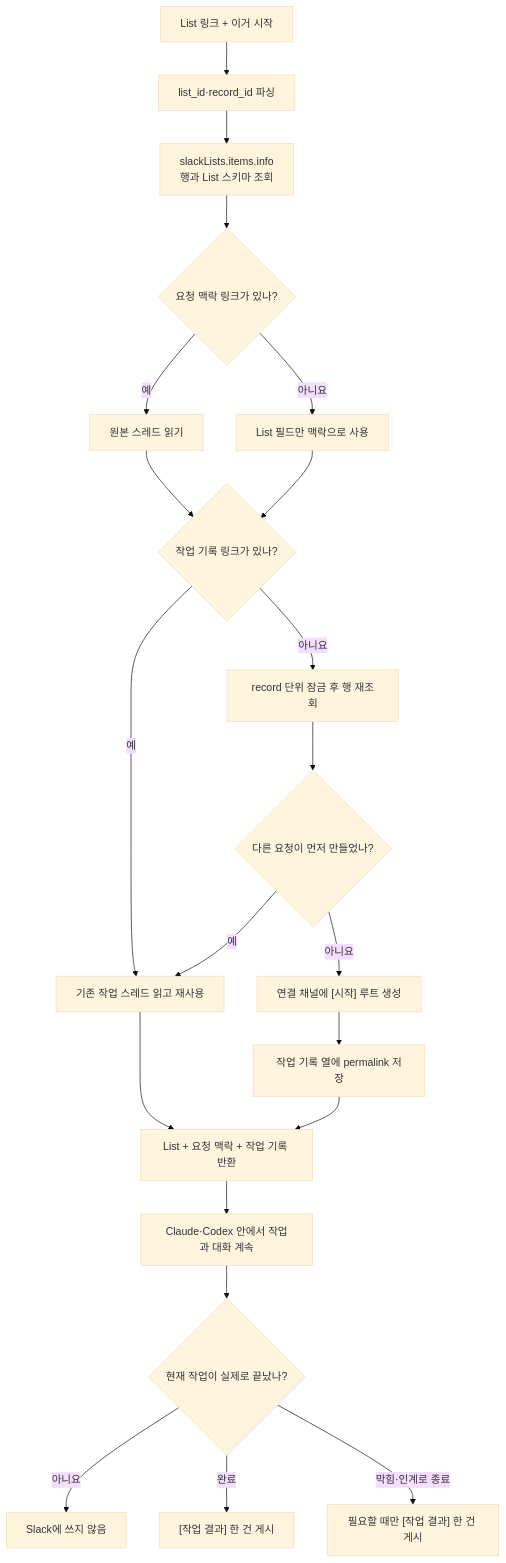
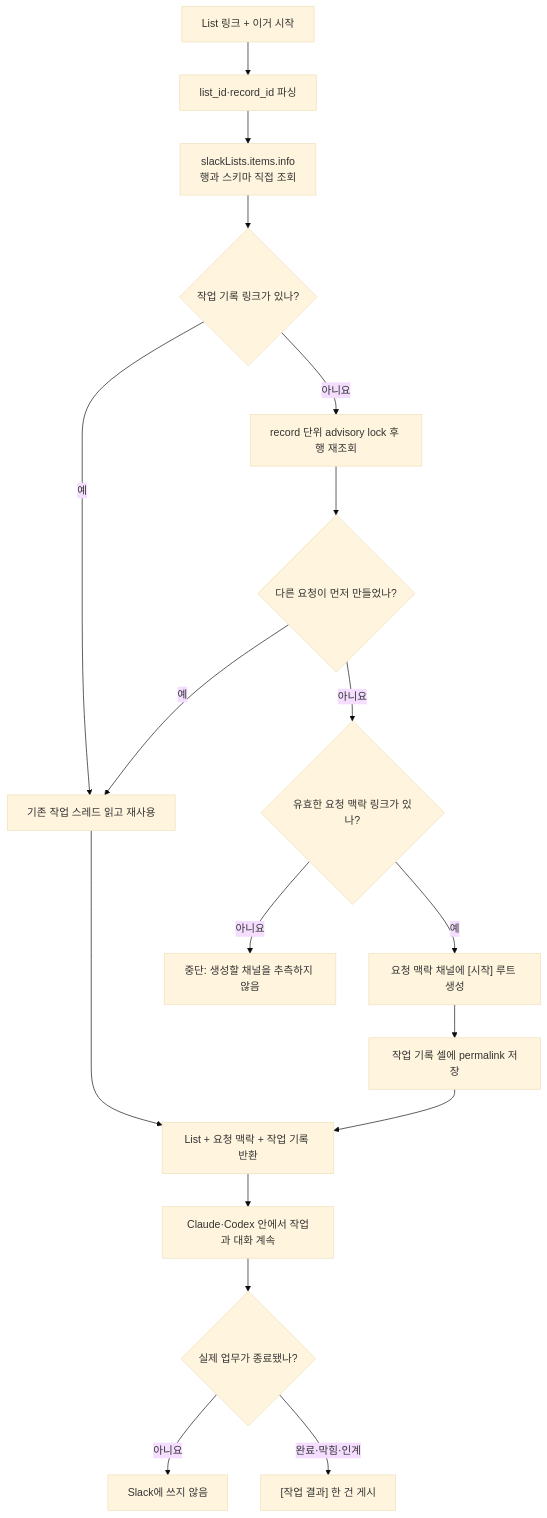
The second of 2 diagrams in docs/slack-list-task-thread-design.md (team-monolith-product/tmn-workflow-automation), drawn with Mermaid (base theme) before and after one commit. The commit also changed other lines of this file and 8 other files, not shown here.

````diff
--- a/docs/slack-list-task-thread-design.md
+++ b/docs/slack-list-task-thread-design.md
@@ -60,23 +63,20 @@
 ```mermaid
 flowchart TD
     U["List 링크 + 이거 시작"] --> P["list_id·record_id 파싱"]
-    P --> I["slackLists.items.info<br/>행과 List 스키마 조회"]
-    I --> C{"요청 맥락 링크가 있나?"}
-    C -- 예 --> CR["원본 스레드 읽기"]
-    C -- 아니요 --> CN["List 필드만 맥락으로 사용"]
-    CR --> W{"작업 기록 링크가 있나?"}
-    CN --> W
+    P --> I["slackLists.items.info<br/>행과 스키마 직접 조회"]
+    I --> W{"작업 기록 링크가 있나?"}
     W -- 예 --> WR["기존 작업 스레드 읽고 재사용"]
-    W -- 아니요 --> K["record 단위 잠금 후 행 재조회"]
+    W -- 아니요 --> K["record 단위 advisory lock 후 행 재조회"]
     K --> Q{"다른 요청이 먼저 만들었나?"}
     Q -- 예 --> WR
-    Q -- 아니요 --> N["연결 채널에 [시작] 루트 생성"]
-    N --> V["작업 기록 열에 permalink 저장"]
+    Q -- 아니요 --> C{"유효한 요청 맥락 링크가 있나?"}
+    C -- 아니요 --> B["중단: 생성할 채널을 추측하지 않음"]
+    C -- 예 --> N["요청 맥락 채널에 [시작] 루트 생성"]
+    N --> V["작업 기록 셀에 permalink 저장"]
     V --> R["List + 요청 맥락 + 작업 기록 반환"]
     WR --> R
     R --> X["Claude·Codex 안에서 작업과 대화 계속"]
-    X --> E{"현재 작업이 실제로 끝났나?"}
+    X --> E{"실제 업무가 종료됐나?"}
     E -- "아니요" --> Z["Slack에 쓰지 않음"]
-    E -- "완료" --> F["[작업 결과] 한 건 게시"]
-    E -- "막힘·인계로 종료" --> H["필요할 때만 [작업 결과] 한 건 게시"]
+    E -- "완료·막힘·인계" --> F["[작업 결과] 한 건 게시"]
 ```
````
